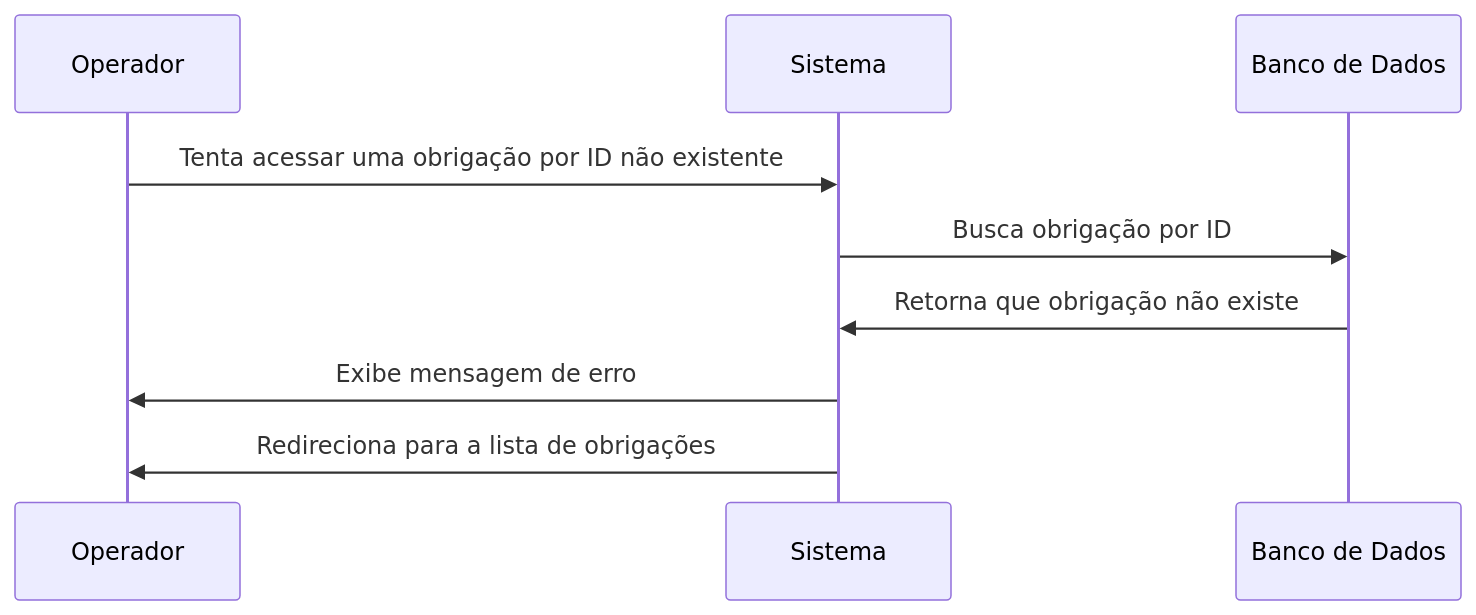
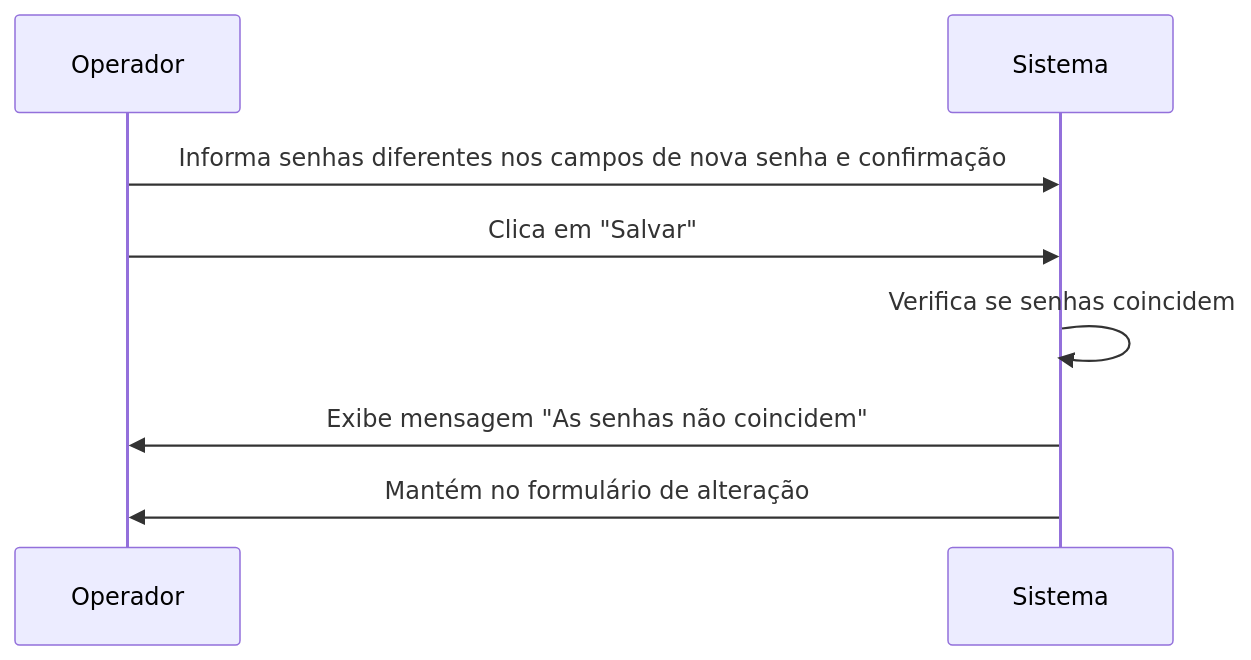
Before and after one commit to Bomsalvez/quilombo-docs: the fifth of 5 diagrams in Writerside/topics/RF13.md, drawn with Mermaid. The commit also changed other lines of this file and 34 other files, not shown here.

````diff
--- a/Writerside/topics/RF13.md
+++ b/Writerside/topics/RF13.md
@@ -108,12 +115,11 @@
 ```mermaid
 sequenceDiagram
     participant O as Operador
     participant S as Sistema
-    participant DB as Banco de Dados
     
-    O->>S: Tenta acessar uma obrigação por ID não existente
-    S->>DB: Busca obrigação por ID
-    DB->>S: Retorna que obrigação não existe
-    S->>O: Exibe mensagem de erro
-    S->>O: Redireciona para a lista de obrigações
+    O->>S: Informa senhas diferentes nos campos de nova senha e confirmação
+    O->>S: Clica em "Salvar"
+    S->>S: Verifica se senhas coincidem
+    S->>O: Exibe mensagem "As senhas não coincidem"
+    S->>O: Mantém no formulário de alteração
 ```
````
